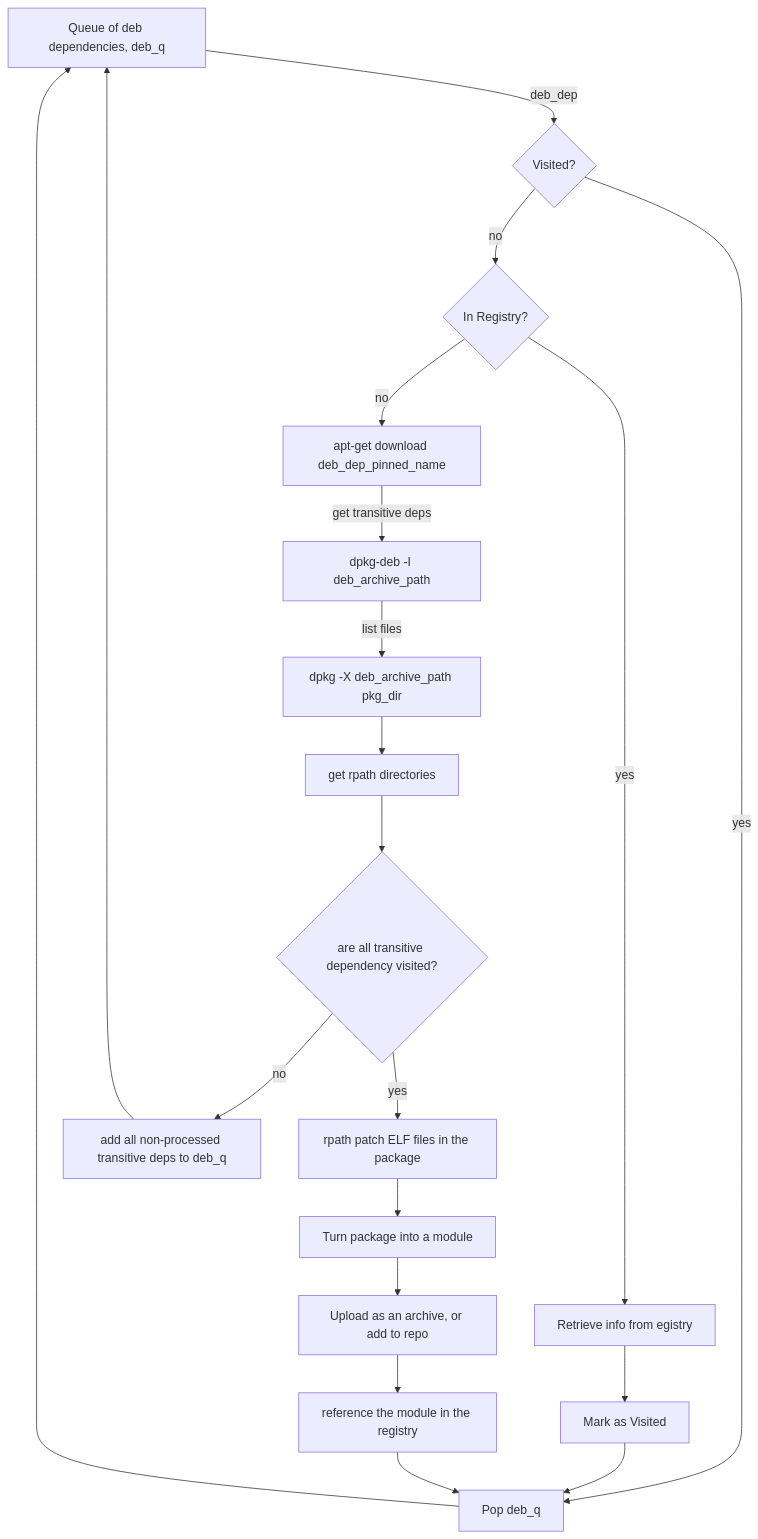
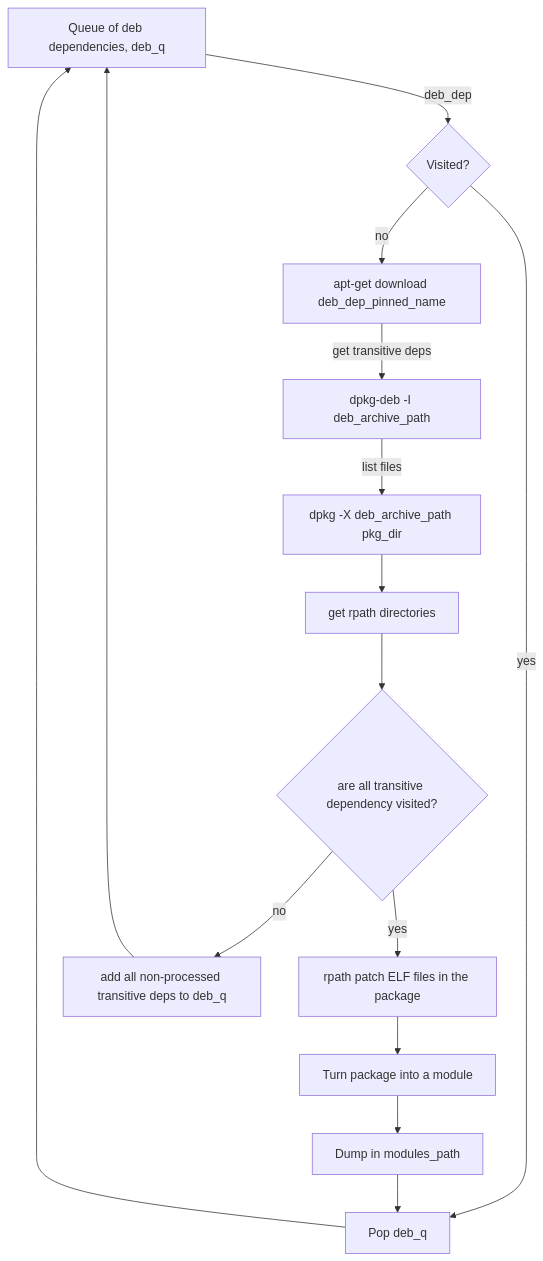
One commit to shabanzd/debian_dependency_bazelizer changed the second of 2 diagrams in README.md. Above: the diagram before and after it, drawn with Mermaid. The commit also changed other lines of this file and 13 other files, not shown here.

````diff
--- a/README.md
+++ b/README.md
@@ -136,16 +127,12 @@
 ```mermaid
 graph TB;
     A[Queue of deb dependencies, deb_q]-->|deb_dep|B{Visited?};
     %% if visited, pop and process next
     B-->|yes|C[Pop deb_q]-->A;
-    %% if not in visited, check registry
-    B-->|no|D{In Registry?};
-    %% if in registry, retrieve and mark visited
-    D-->|yes|E[Retrieve info from egistry]-->F[Mark as Visited]-->C;
-    %% if not in registry, 
-    D-->|no|G[apt-get download deb_dep_pinned_name] -->|get transitive deps|H[dpkg-deb -I deb_archive_path]-->|list files|I[dpkg -X deb_archive_path pkg_dir] --> J[get rpath directories]-->K{are all transitive dependency visited?};
+    %% if not in visited
+    B-->|no|D[apt-get download deb_dep_pinned_name] -->|get transitive deps|H[dpkg-deb -I deb_archive_path]-->|list files|I[dpkg -X deb_archive_path pkg_dir] --> J[get rpath directories]-->K{are all transitive dependency visited?};
     %% if all transitive deps are visited => edge => rpath patch and modularize
-    K-->|yes|L[rpath patch ELF files in the package]-->M[Turn package into a module]-->N[Upload as an archive, or add to repo]-->O[reference the module in the registry]-->C;
+    K-->|yes|L[rpath patch ELF files in the package]-->M[Turn package into a module]-->N[Dump in modules_path]-->C;
     %% if all transitive deps are visited => process next
     K-->|no|P[add all non-processed transitive deps to deb_q]-->A;
 ```
````
